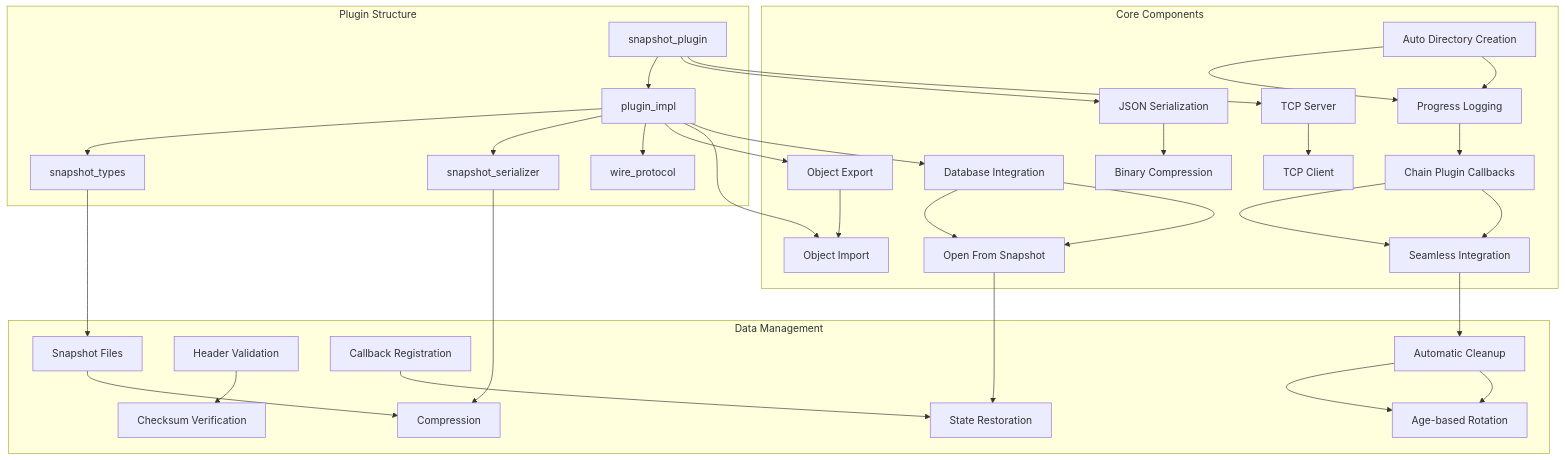
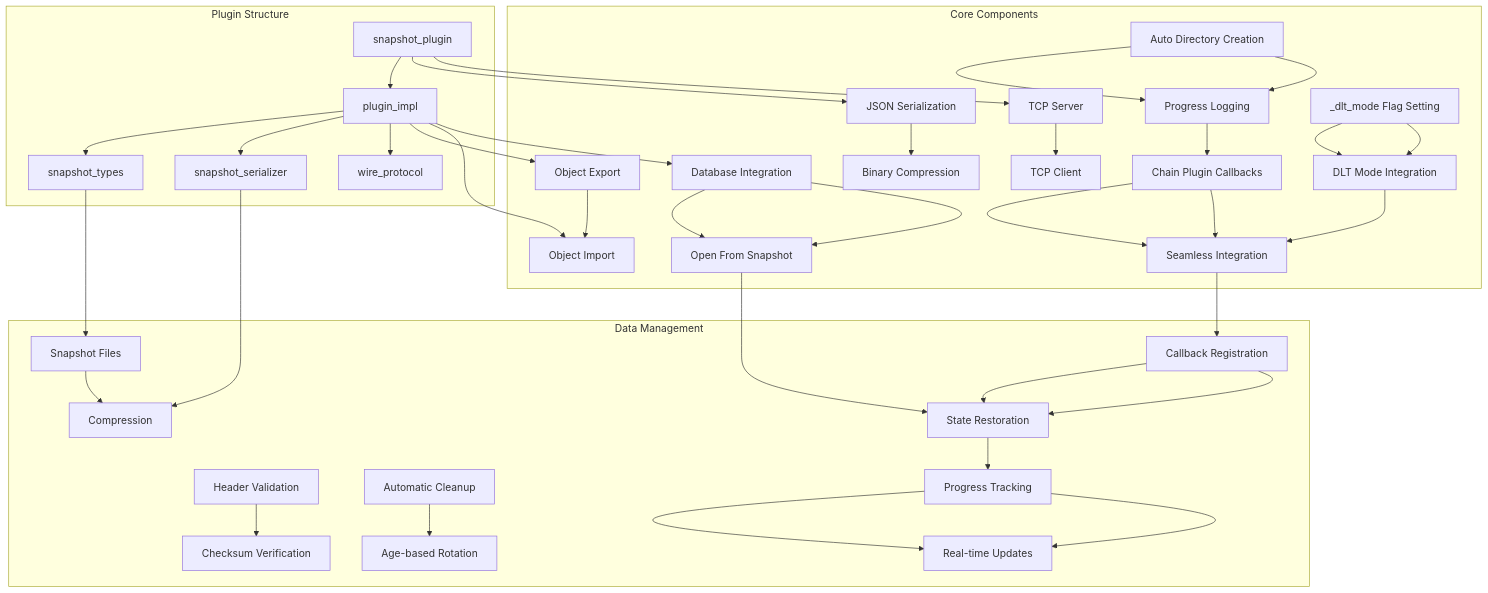
One commit to VIZ-Blockchain/viz-cpp-node changed the first of 22 diagrams in .qoder/repowiki/en/content/Plugin System/Snapshot Plugin System.md. Above: the diagram before and after it, drawn with Mermaid. The commit also changed other lines of this file and 3 other files, not shown here.

First line of the commit message:
docs(dlt): enhance DLT rolling block log with improved snapshot plugin integration

````diff
--- a/.qoder/repowiki/en/content/Plugin System/Snapshot Plugin System.md
+++ b/.qoder/repowiki/en/content/Plugin System/Snapshot Plugin System.md
@@ -61,37 +61,43 @@
 ```mermaid
 graph TB
 subgraph "Plugin Structure"
 A[snapshot_plugin] --> B[plugin_impl]
 B --> C[snapshot_types]
 B --> D[snapshot_serializer]
 B --> E[wire_protocol]
 end
 subgraph "Core Components"
 F[JSON Serialization] --> G[Binary Compression]
 H[Object Export] --> I[Object Import]
 J[TCP Server] --> K[TCP Client]
 L[Database Integration] --> M[Open From Snapshot]
 N[Auto Directory Creation] --> O[Progress Logging]
 P[Chain Plugin Callbacks] --> Q[Seamless Integration]
+R[_dlt_mode Flag Setting] --> S[DLT Mode Integration]
 end
 subgraph "Data Management"
-R[Snapshot Files] --> S[Compression]
-T[Header Validation] --> U[Checksum Verification]
-V[Callback Registration] --> W[State Restoration]
-X[Automatic Cleanup] --> Y[Age-based Rotation]
+T[Snapshot Files] --> U[Compression]
+V[Header Validation] --> W[Checksum Verification]
+X[Callback Registration] --> Y[State Restoration]
+Z[Automatic Cleanup] --> AA[Age-based Rotation]
+AB[Progress Tracking] --> AC[Real-time Updates]
 end
 A --> F
 A --> J
 B --> H
 B --> I
-C --> R
-D --> S
+C --> T
+D --> U
 B --> L
 L --> M
-M --> W
+M --> Y
 N --> O
 O --> P
 P --> Q
 Q --> X
 X --> Y
+Y --> AB
+AB --> AC
+R --> S
+S --> Q
 ```
````
